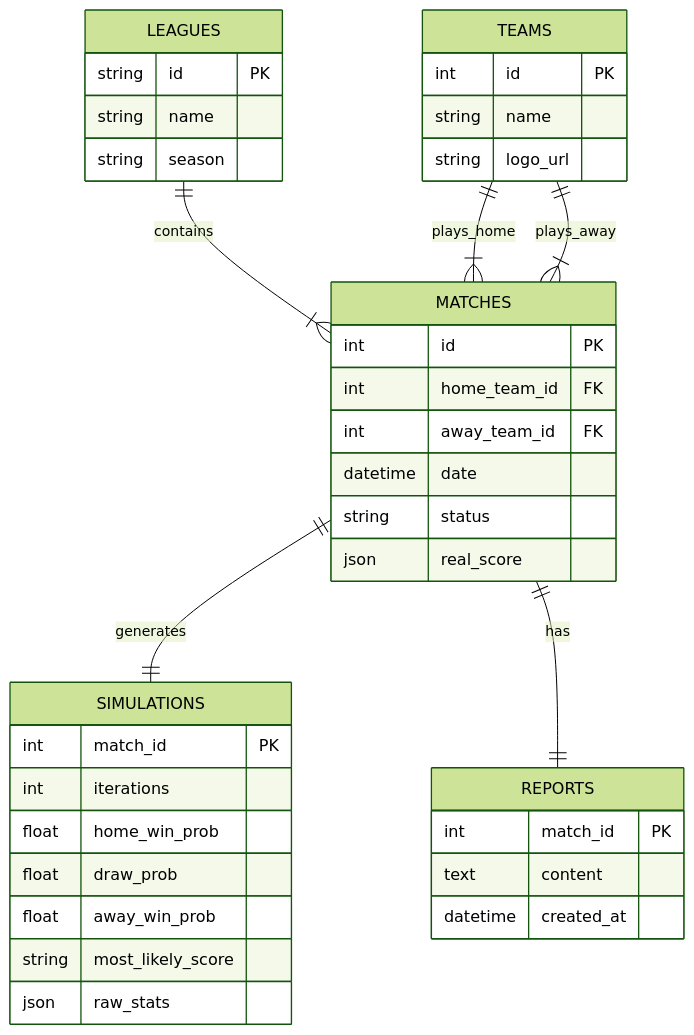
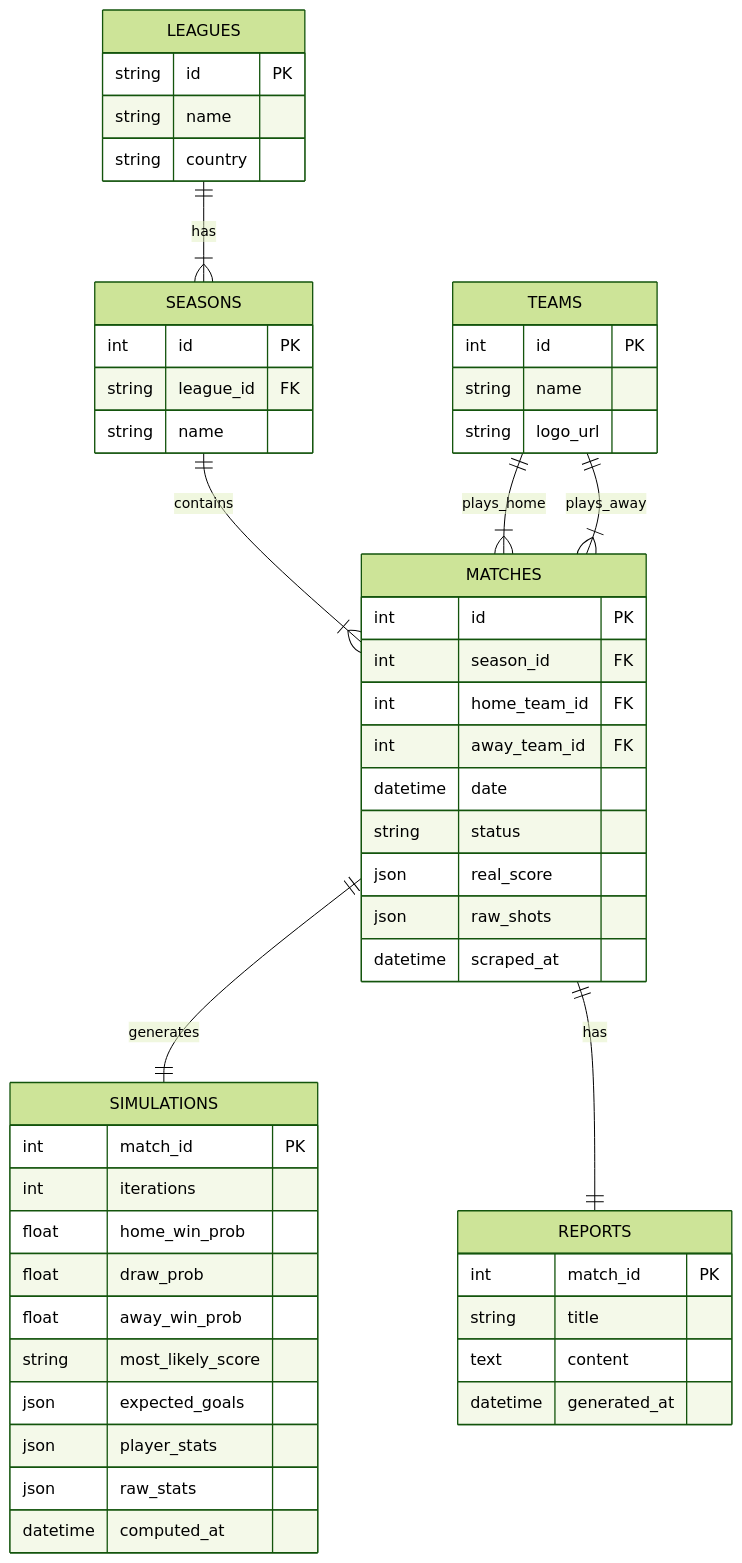
The diagram in ARCHITECTURE.md (smarcilla/football-oracle-monorepo), drawn with Mermaid (forest theme) before and after one commit. The commit also changed other lines of this file and 7 other files, not shown here.

````diff
--- a/ARCHITECTURE.md
+++ b/ARCHITECTURE.md
@@ -114,45 +126,59 @@
 ```mermaid
 erDiagram
-    LEAGUES ||--|{ MATCHES : contains
+    LEAGUES ||--|{ SEASONS : has
+    SEASONS ||--|{ MATCHES : contains
     TEAMS ||--|{ MATCHES : plays_home
     TEAMS ||--|{ MATCHES : plays_away
     MATCHES ||--|| SIMULATIONS : generates
     MATCHES ||--|| REPORTS : has
 
     LEAGUES {
         string id PK
         string name
-        string season
+        string country
+    }
+
+    SEASONS {
+        int id PK
+        string league_id FK
+        string name
     }
 
     TEAMS {
         int id PK
         string name
         string logo_url
     }
 
     MATCHES {
         int id PK
+        int season_id FK
         int home_team_id FK
         int away_team_id FK
         datetime date
         string status
         json real_score
+        json raw_shots
+        datetime scraped_at
     }
 
     SIMULATIONS {
         int match_id PK
         int iterations
         float home_win_prob
         float draw_prob
         float away_win_prob
         string most_likely_score
+        json expected_goals
+        json player_stats
         json raw_stats
+        datetime computed_at
     }
 
     REPORTS {
         int match_id PK
+        string title
         text content
-        datetime created_at
+        datetime generated_at
     }
 ```
````
